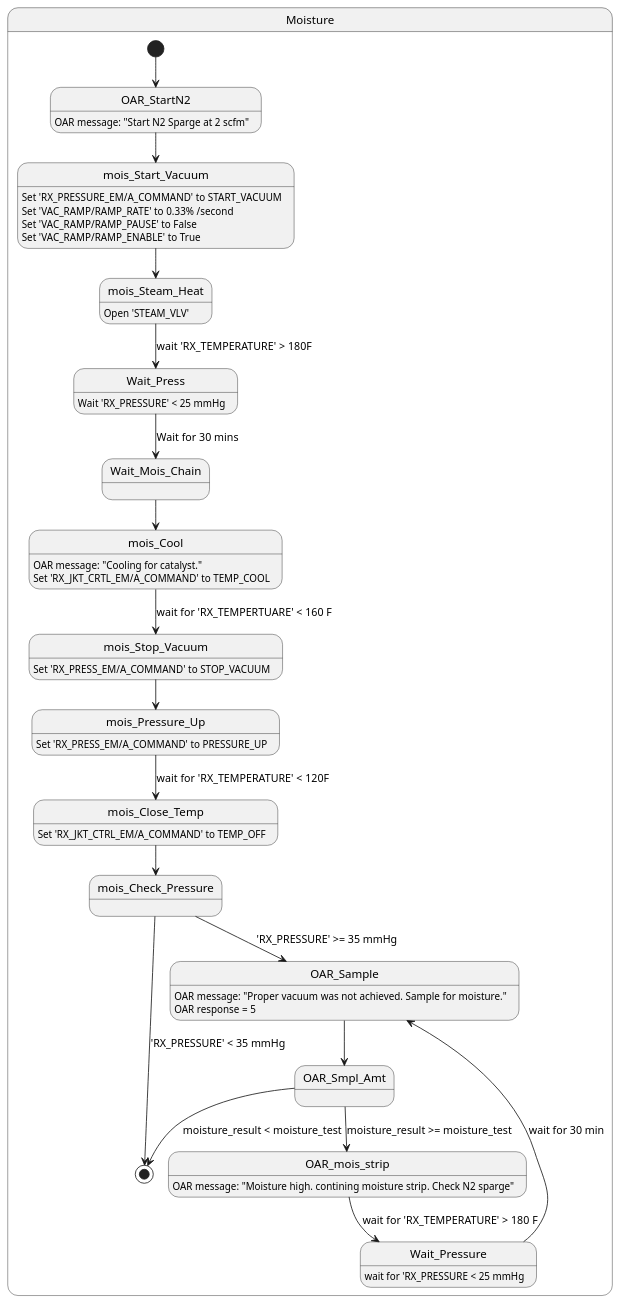
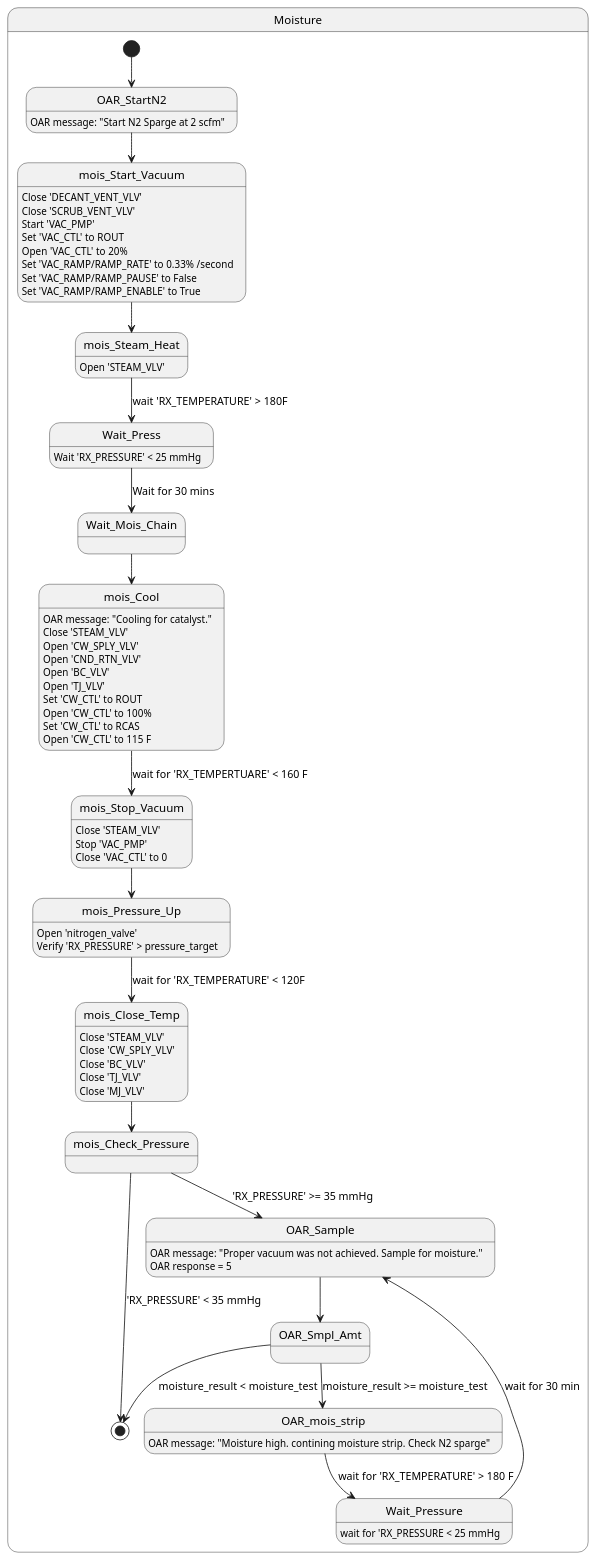
The diagram in specs/Recipe/Stage/A165-R1/Moisture.puml (mekcrab/Solvay_test), drawn with PlantUML before and after one commit. The commit also changed 3 other files, not shown here.

```diff
--- a/specs/Recipe/Stage/A165-R1/Moisture.puml
+++ b/specs/Recipe/Stage/A165-R1/Moisture.puml
@@ -1,60 +1,77 @@
 @startuml
 
 state Moisture{
 
 [*] --> OAR_StartN2
 OAR_StartN2: OAR message: "Start N2 Sparge at 2 scfm"
 
 OAR_StartN2 --> mois_Start_Vacuum
-mois_Start_Vacuum: Set 'RX_PRESSURE_EM/A_COMMAND' to START_VACUUM
+mois_Start_Vacuum: Close 'DECANT_VENT_VLV'
+mois_Start_Vacuum: Close 'SCRUB_VENT_VLV'
+mois_Start_Vacuum: Start 'VAC_PMP'
+mois_Start_Vacuum: Set 'VAC_CTL' to ROUT
+mois_Start_Vacuum: Open 'VAC_CTL' to 20%
 mois_Start_Vacuum: Set 'VAC_RAMP/RAMP_RATE' to 0.33% /second
 mois_Start_Vacuum: Set 'VAC_RAMP/RAMP_PAUSE' to False
 mois_Start_Vacuum: Set 'VAC_RAMP/RAMP_ENABLE' to True
 
 mois_Start_Vacuum --> mois_Steam_Heat
 mois_Steam_Heat: Open 'STEAM_VLV'
 
 mois_Steam_Heat --> Wait_Press: wait 'RX_TEMPERATURE' > 180F
 Wait_Press: Wait 'RX_PRESSURE' < 25 mmHg
 
 Wait_Press --> Wait_Mois_Chain: Wait for 30 mins
 
 
 Wait_Mois_Chain --> mois_Cool
 mois_Cool: OAR message: "Cooling for catalyst."
-mois_Cool: Set 'RX_JKT_CRTL_EM/A_COMMAND' to TEMP_COOL
-
-
+mois_Cool: Close 'STEAM_VLV'
+mois_Cool: Open 'CW_SPLY_VLV'
+mois_Cool: Open 'CND_RTN_VLV'
+mois_Cool: Open 'BC_VLV'
+mois_Cool: Open 'TJ_VLV'
+mois_Cool: Set 'CW_CTL' to ROUT
+mois_Cool: Open 'CW_CTL' to 100%
+mois_Cool: Set 'CW_CTL' to RCAS
+mois_Cool: Open 'CW_CTL' to 115 F
 
 mois_Cool --> mois_Stop_Vacuum: wait for 'RX_TEMPERTUARE' < 160 F
-mois_Stop_Vacuum: Set 'RX_PRESS_EM/A_COMMAND' to STOP_VACUUM
+mois_Stop_Vacuum: Close 'STEAM_VLV'
+mois_Stop_Vacuum: Stop 'VAC_PMP'
+mois_Stop_Vacuum: Close 'VAC_CTL' to 0
 
 mois_Stop_Vacuum --> mois_Pressure_Up
-mois_Pressure_Up: Set 'RX_PRESS_EM/A_COMMAND' to PRESSURE_UP
+mois_Pressure_Up: Open 'nitrogen_valve'
+mois_Pressure_Up: Verify 'RX_PRESSURE' > pressure_target
 
 mois_Pressure_Up --> mois_Close_Temp: wait for 'RX_TEMPERATURE' < 120F
-mois_Close_Temp: Set 'RX_JKT_CTRL_EM/A_COMMAND' to TEMP_OFF
+mois_Close_Temp: Close 'STEAM_VLV'
+mois_Close_Temp: Close 'CW_SPLY_VLV'
+mois_Close_Temp: Close 'BC_VLV'
+mois_Close_Temp: Close 'TJ_VLV'
+mois_Close_Temp: Close 'MJ_VLV'
 
 mois_Close_Temp --> mois_Check_Pressure
 
 mois_Check_Pressure --> [*]: 'RX_PRESSURE' < 35 mmHg
 
 mois_Check_Pressure --> OAR_Sample: 'RX_PRESSURE' >= 35 mmHg
 OAR_Sample: OAR message: "Proper vacuum was not achieved. Sample for moisture."
 OAR_Sample: OAR response = 5
 
 OAR_Sample --> OAR_Smpl_Amt
 
 OAR_Smpl_Amt --> OAR_mois_strip: moisture_result >= moisture_test
 OAR_mois_strip: OAR message: "Moisture high. contining moisture strip. Check N2 sparge"
 
 OAR_mois_strip --> Wait_Pressure: wait for 'RX_TEMPERATURE' > 180 F
 Wait_Pressure: wait for 'RX_PRESSURE < 25 mmHg
 
 Wait_Pressure --> OAR_Sample: wait for 30 min
 
 OAR_Smpl_Amt --> [*]: moisture_result < moisture_test
 
 
 }
 @enduml
```
